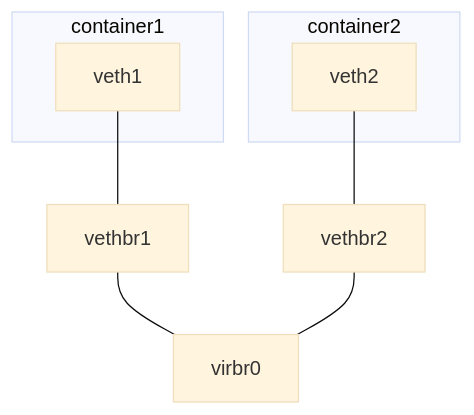
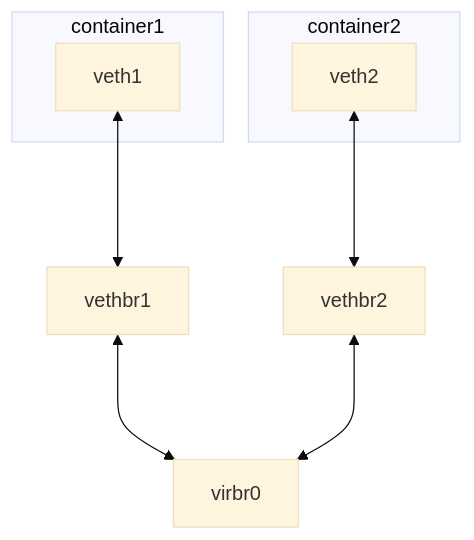
Before and after one commit to thachmpham/thachmpham.github.io: the third of 3 diagrams in md/vbridge.md, drawn with Mermaid (base theme). The commit also changed other lines of this file and 5 other files, not shown here.

```diff
--- a/md/vbridge.md
+++ b/md/vbridge.md
@@ -123,13 +127,13 @@
 <pre class="mermaid">
 flowchart TD
     subgraph container1
         veth1
     end
     subgraph container2
         veth2
     end    
-    veth1 --- vethbr1
-    veth2 --- vethbr2    
-    vethbr1 --- virbr0
-    vethbr2 --- virbr0    
+    veth1 <---> vethbr1
+    veth2 <---> vethbr2    
+    vethbr1 <---> virbr0
+    vethbr2 <---> virbr0    
 </pre>
```
